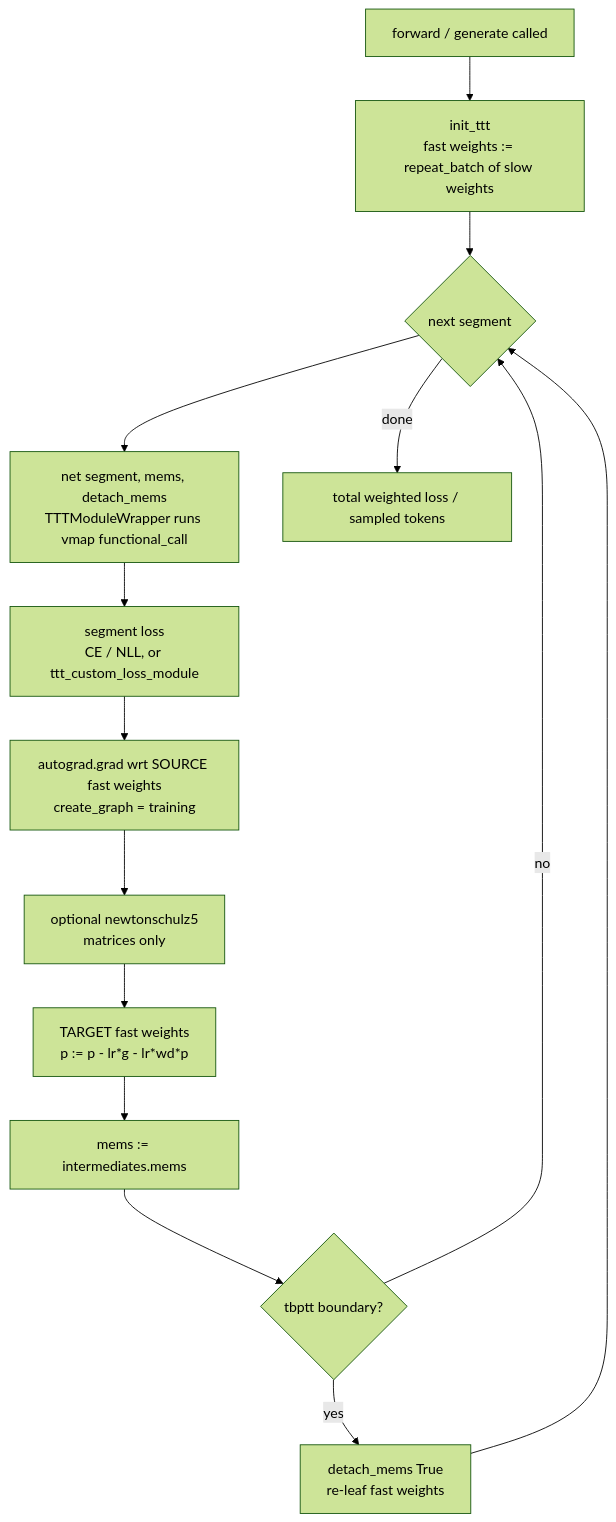
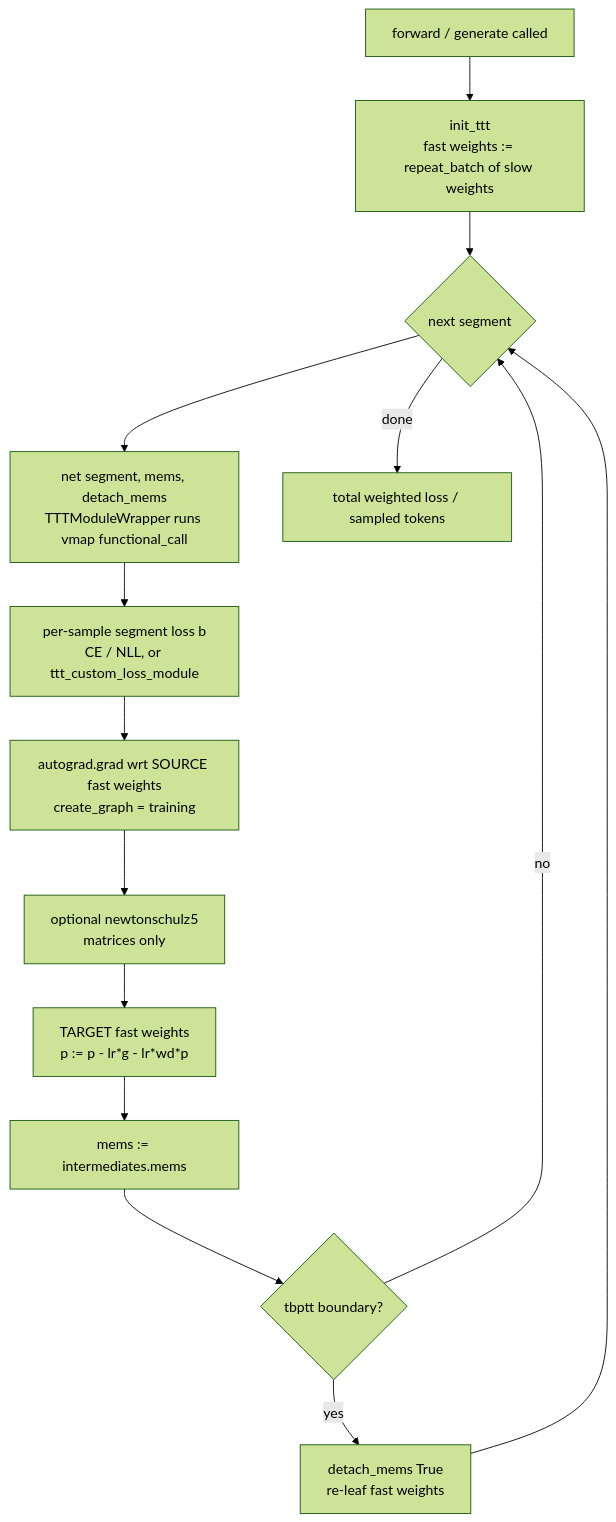
The fifth of 7 diagrams in docs/model_inference_flow.md (TimS-ml/x-transformers), drawn with Mermaid (forest theme) before and after one commit. The commit also changed other lines of this file and 3 other files, not shown here.

````diff
--- a/docs/model_inference_flow.md
+++ b/docs/model_inference_flow.md
@@ -228,16 +282,16 @@
 ```mermaid
 graph TD
     CALL[forward / generate called] --> INIT[init_ttt<br/>fast weights := repeat_batch of slow weights]
     INIT --> SEG{next segment}
     SEG --> FWD[net segment, mems, detach_mems<br/>TTTModuleWrapper runs vmap functional_call]
-    FWD --> LOSS[segment loss<br/>CE / NLL, or ttt_custom_loss_module]
+    FWD --> LOSS[per-sample segment loss b<br/>CE / NLL, or ttt_custom_loss_module]
     LOSS --> GRAD[autograd.grad wrt SOURCE fast weights<br/>create_graph = training]
     GRAD --> MUON[optional newtonschulz5<br/>matrices only]
     MUON --> STEP[TARGET fast weights<br/>p := p - lr*g - lr*wd*p]
     STEP --> ROLL[mems := intermediates.mems]
     ROLL --> TB{tbptt boundary?}
     TB -->|yes| CUT[detach_mems True<br/>re-leaf fast weights]
     TB -->|no| SEG
     CUT --> SEG
     SEG -->|done| OUT[total weighted loss / sampled tokens]
 ```
````
